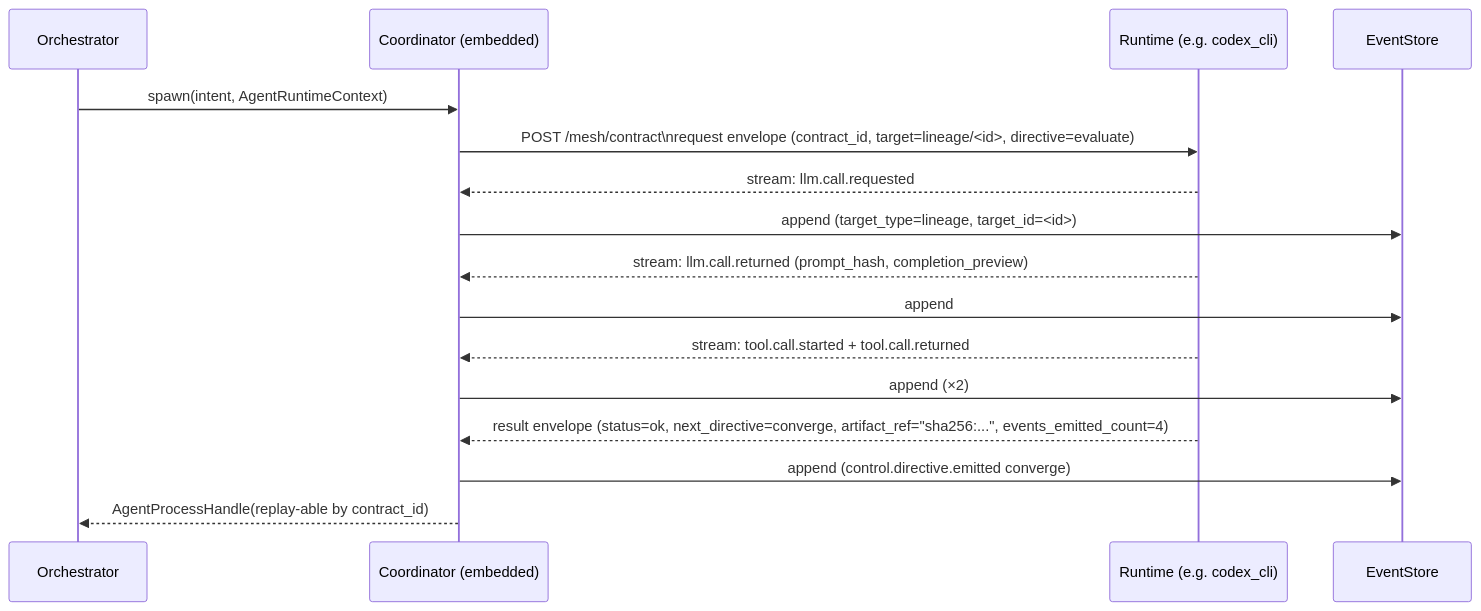
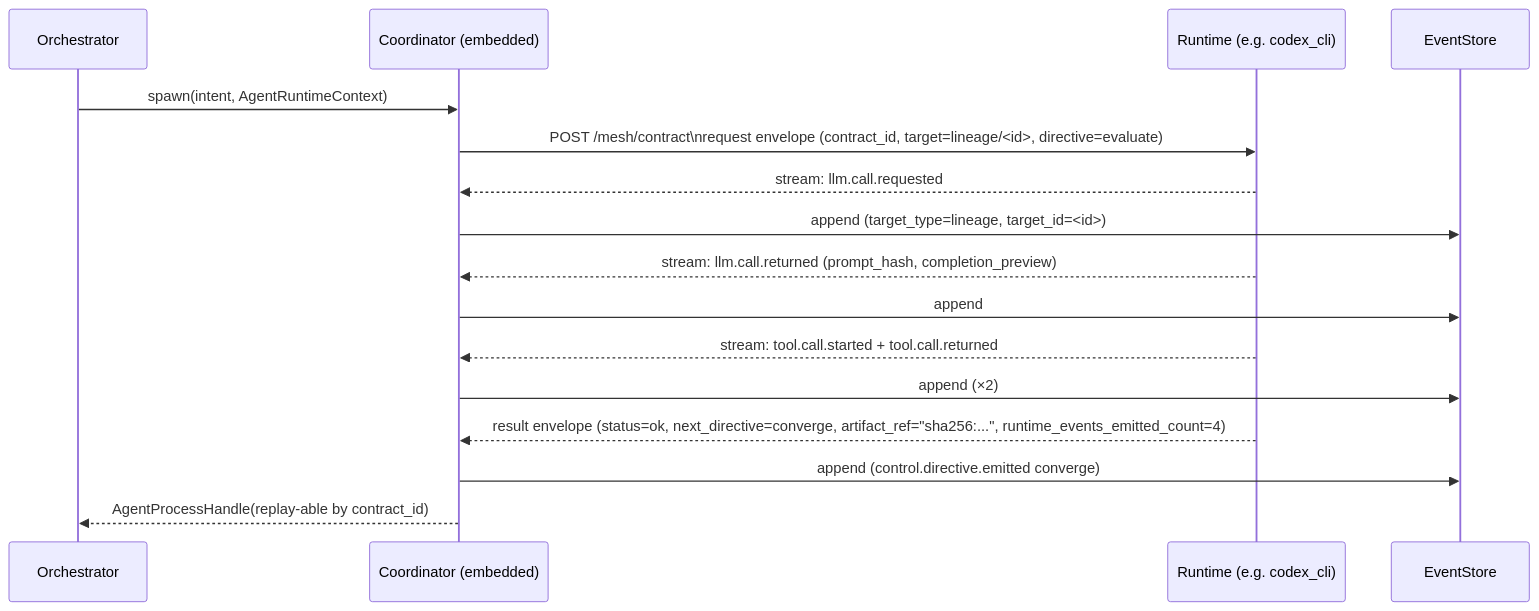
The diagram in docs/rfc/mesh.md (Q00/ouroboros), drawn with Mermaid before and after one commit. The commit also changed other lines of this file, not shown here.

First line of the commit message:
Define mesh error and runtime event counts

````diff
--- a/docs/rfc/mesh.md
+++ b/docs/rfc/mesh.md
@@ -196,19 +209,19 @@
 ```mermaid
 sequenceDiagram
     participant O as Orchestrator
     participant C as Coordinator (embedded)
     participant R as Runtime (e.g. codex_cli)
     participant E as EventStore
 
     O->>C: spawn(intent, AgentRuntimeContext)
     C->>R: POST /mesh/contract\nrequest envelope (contract_id, target=lineage/<id>, directive=evaluate)
     R-->>C: stream: llm.call.requested
     C->>E: append (target_type=lineage, target_id=<id>)
     R-->>C: stream: llm.call.returned (prompt_hash, completion_preview)
     C->>E: append
     R-->>C: stream: tool.call.started + tool.call.returned
     C->>E: append (×2)
-    R-->>C: result envelope (status=ok, next_directive=converge, artifact_ref="sha256:...", events_emitted_count=4)
+    R-->>C: result envelope (status=ok, next_directive=converge, artifact_ref="sha256:...", runtime_events_emitted_count=4)
     C->>E: append (control.directive.emitted converge)
     C-->>O: AgentProcessHandle(replay-able by contract_id)
 ```
````
